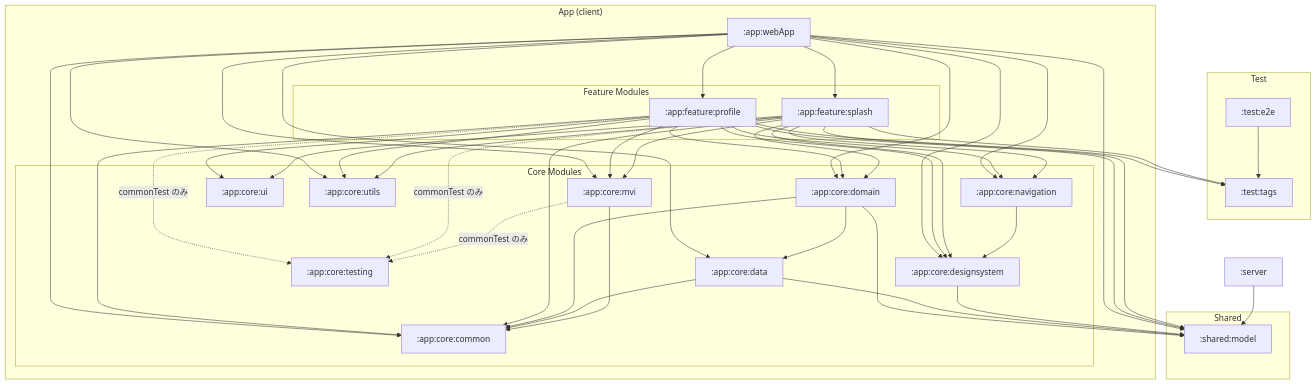
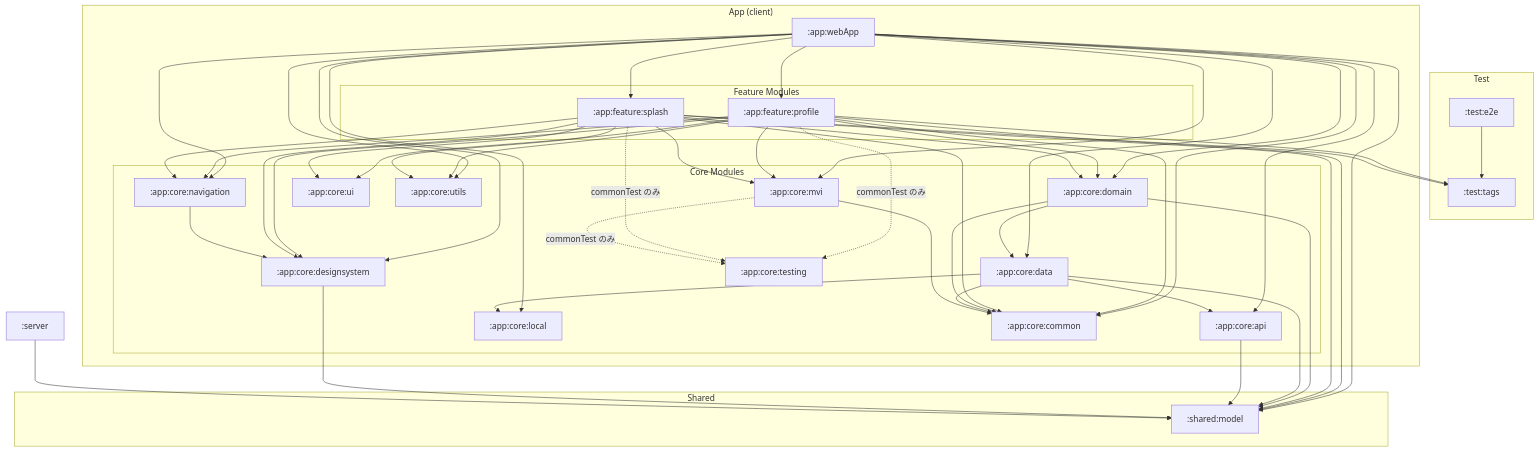
The diagram in docs/ModuleOverview.md (kei-1111/kei-1111.github.io), drawn with Mermaid before and after one commit. The commit also changed other lines of this file and 37 other files, not shown here.

First line of the commit message:
refactor(core): extract api and local modules from data and adopt Ktor

````diff
--- a/docs/ModuleOverview.md
+++ b/docs/ModuleOverview.md
@@ -11,50 +11,53 @@
 ```mermaid
 flowchart TB
     subgraph "Shared"
         model[":shared:model"]
     end
 
     subgraph "Test"
         testTags[":test:tags"]
         testE2e[":test:e2e"]
     end
 
     server[":server"]
 
     subgraph "App (client)"
         webApp[":app:webApp"]
 
         subgraph "Feature Modules"
             profile[":app:feature:profile"]
             splash[":app:feature:splash"]
         end
 
         subgraph "Core Modules"
             domain[":app:core:domain"]
             data[":app:core:data"]
+            api[":app:core:api"]
+            local[":app:core:local"]
             designsystem[":app:core:designsystem"]
             mvi[":app:core:mvi"]
             navigation[":app:core:navigation"]
             testing[":app:core:testing"]
             ui[":app:core:ui"]
             common[":app:core:common"]
             utils[":app:core:utils"]
         end
     end
 
     webApp --> profile & splash
-    webApp --> common & data & designsystem & domain & mvi & navigation & utils & model
+    webApp --> api & common & data & designsystem & domain & local & mvi & navigation & utils & model
 
     profile & splash --> common & designsystem & domain & mvi & navigation & ui & utils & model & testTags
     profile & splash & mvi -. commonTest のみ .-> testing
 
     domain --> common & data & model
-    data --> common & model
+    data --> api & common & local & model
+    api --> model
     mvi --> common
     navigation --> designsystem
     designsystem --> model
 
     server --> model
 
     testE2e --> testTags
 ```
````
